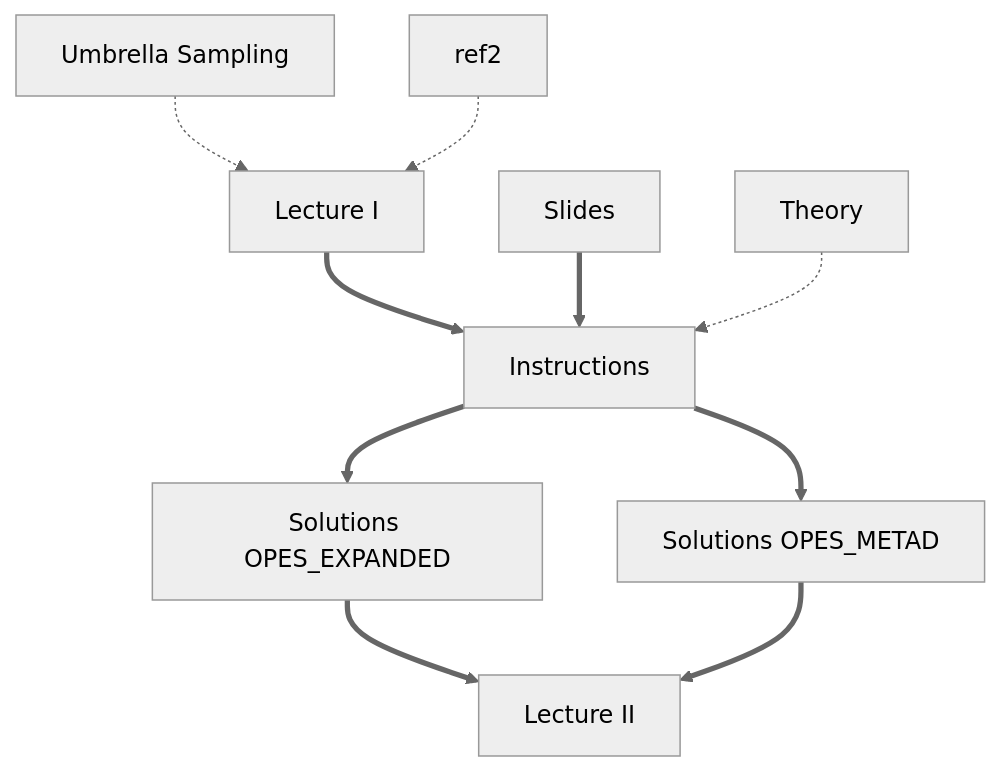
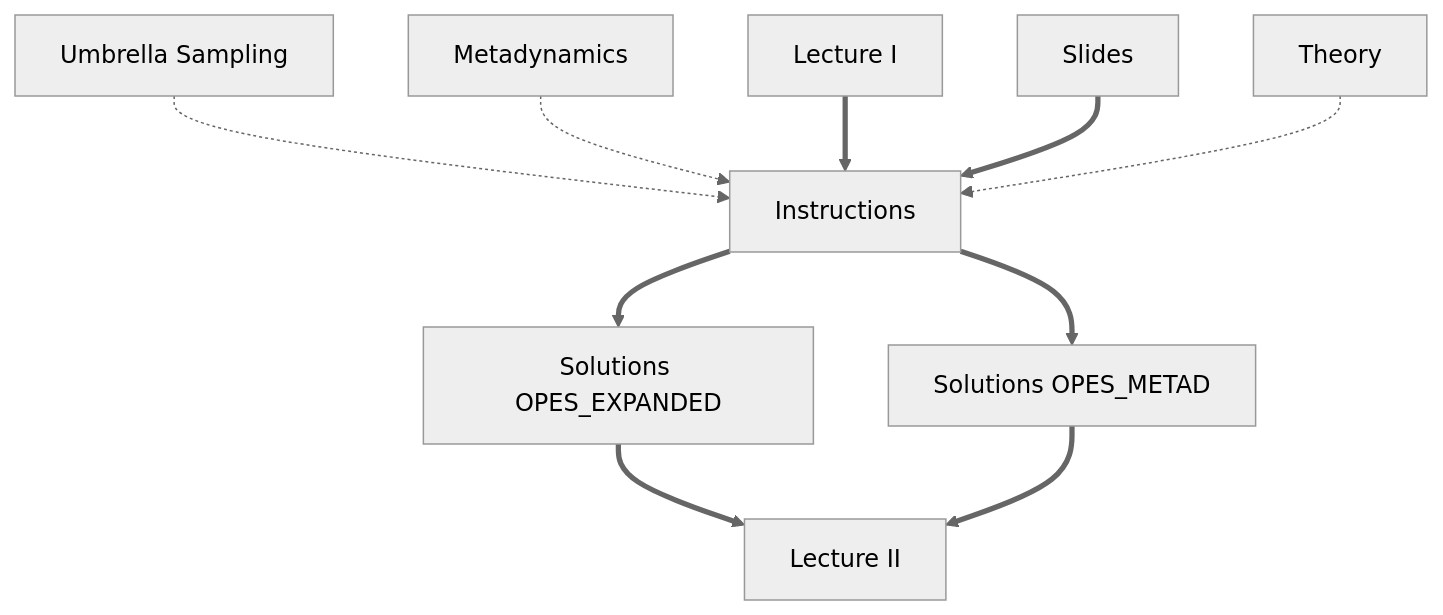
Before and after one commit to invemichele/masterclass-22-03: the diagram in NAVIGATION.md, drawn with Mermaid (neutral theme). The commit also changed other lines of this file, not shown here.

Commit message:
fix navigation

````diff
--- a/NAVIGATION.md
+++ b/NAVIGATION.md
@@ -13,21 +13,21 @@
 ```mermaid
 flowchart TB;
-  A[Umbrella Sampling] -.-> C[Lecture I];
-  B[ref2] -.-> C;
-  C ==> D[Instructions];
+  A[Umbrella Sampling] -.-> D[Instructions];
+  B[Metadynamics] -.-> D;
+  C[Lecture I] ==> D;
   E[Slides] ==> D;
   F[Theory] -.-> D;
   D ==> G[Solutions OPES_EXPANDED];
   D ==> H[Solutions OPES_METAD];
   G ==> I[Lecture II];
   H ==> I[Lecture II];
   click A "ref1" "A previous tutorial that introduces umbrella sampling";
   click B "ref2" "A previous tutorial that introduces metadynamics";
   click C "video1" "A lecture that was given on February 28th 2022 as part of the plumed masterclass series that introduces you to the exercises in this lesson";
   click D "INSTRUCTIONS.md" "Instructions for the exercises that you are supposed to complete";
   click E "ref3" "The slides that were used in the lecture";
   click F "THEORY.md" "An introduction to the OPES theory";
   click G "notebooks/1-opes_expanded.ipynb" "A python notebook that presents the OPES method for replica-exchange-like sampling";
   click H "notebooks/2-opes_metad.ipynb" "A python notebook that presents the OPES method for metadynamics-like sampling";
   click I "video2" "A lecture that was given on March 7th 2022 as part of the plumed masterclass series that goes through the solutions to the exercises in the lesson";
 ```
````
